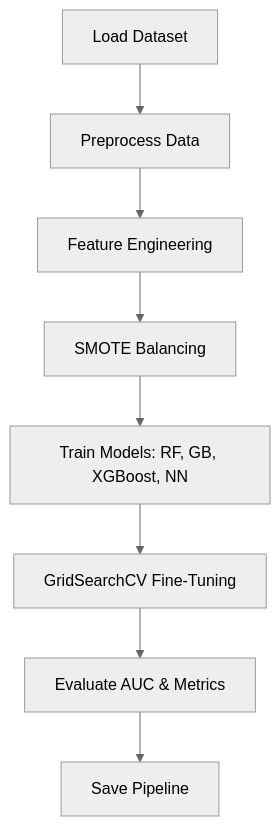
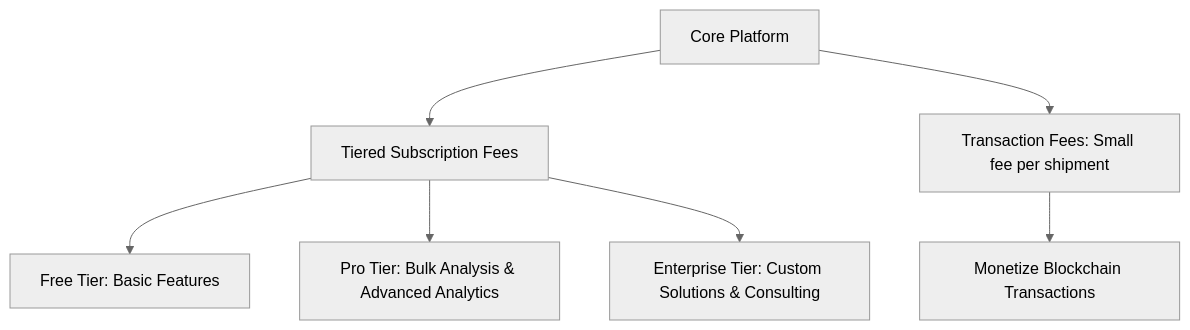
The seventh of 7 diagrams in README.md (vvinayakkk/rgit_codeastra_2k25), drawn with Mermaid (neutral theme) before and after one commit. The commit also changed other lines of this file, not shown here.

````diff
--- a/README.md
+++ b/README.md
@@ -181,10 +197,9 @@
 ```mermaid
 graph TD
-    A[Load Dataset] --> B[Preprocess Data]
-    B --> C[Feature Engineering]
-    C --> D[SMOTE Balancing]
-    D --> E[Train Models: RF, GB, XGBoost, NN]
-    E --> F[GridSearchCV Fine-Tuning]
-    F --> G[Evaluate AUC & Metrics]
-    G --> H[Save Pipeline]
+    A[Core Platform] --> B[Tiered Subscription Fees]
+    B --> C[Free Tier: Basic Features]
+    B --> D[Pro Tier: Bulk Analysis & Advanced Analytics]
+    B --> E[Enterprise Tier: Custom Solutions & Consulting]
+    A --> F[Transaction Fees: Small fee per shipment]
+    F --> G[Monetize Blockchain Transactions]
 ```
````
